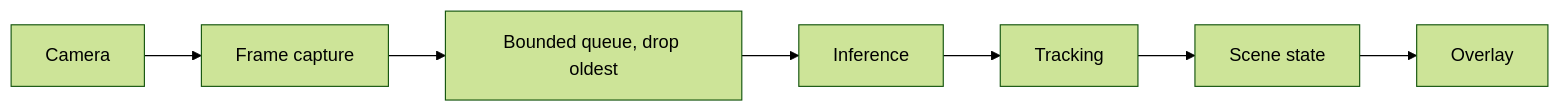
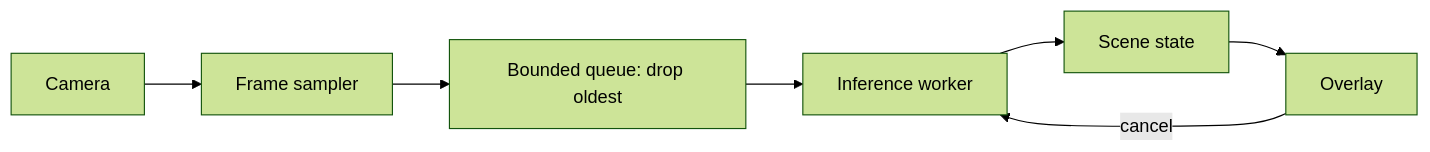
Before and after one commit to TKJ-Networkers31/VISTA_Project: the fifth of 9 diagrams in docs/PROCESS_FLOWS.md, drawn with Mermaid (forest theme). The commit also changed other lines of this file and 44 other files, not shown here.

````diff
--- a/docs/PROCESS_FLOWS.md
+++ b/docs/PROCESS_FLOWS.md
@@ -38,4 +67,5 @@
 ```mermaid
 flowchart LR
-  CAM[Camera] --> CAP[Frame capture] --> Q[Bounded queue, drop oldest] --> INF[Inference] --> TRK[Tracking] --> ST[Scene state] --> UI[Overlay]
+  CAM[Camera] --> S[Frame sampler] --> BQ[Bounded queue: drop oldest] --> INF[Inference worker] --> SC[Scene state] --> UI[Overlay]
+  UI -->|cancel| INF
 ```
````
